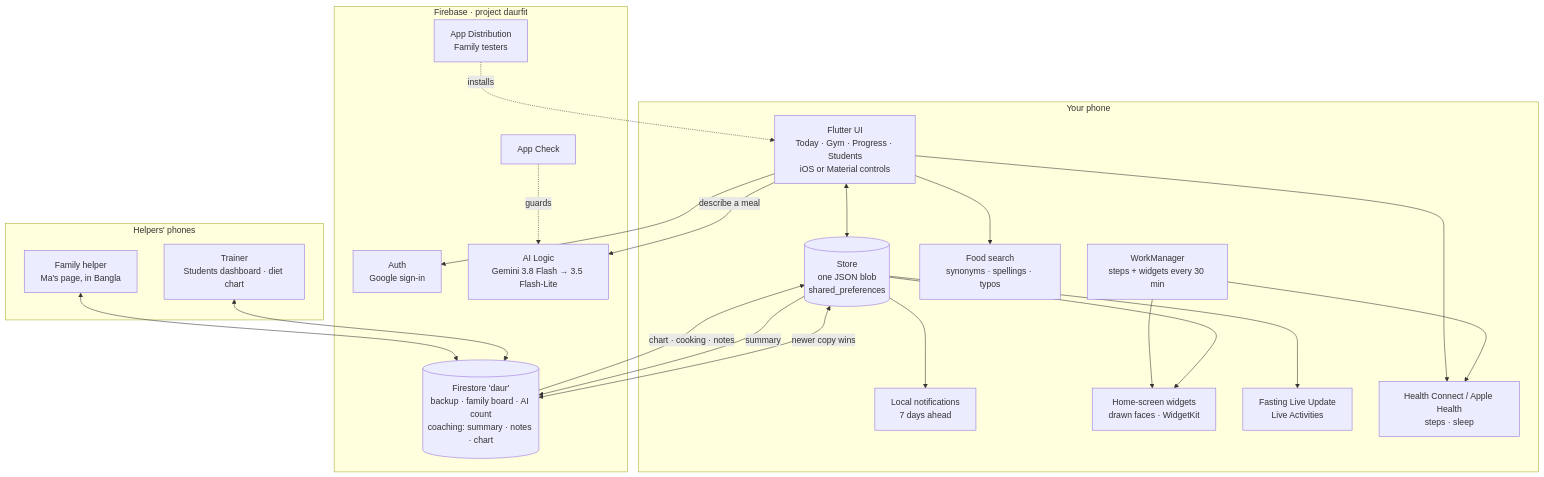
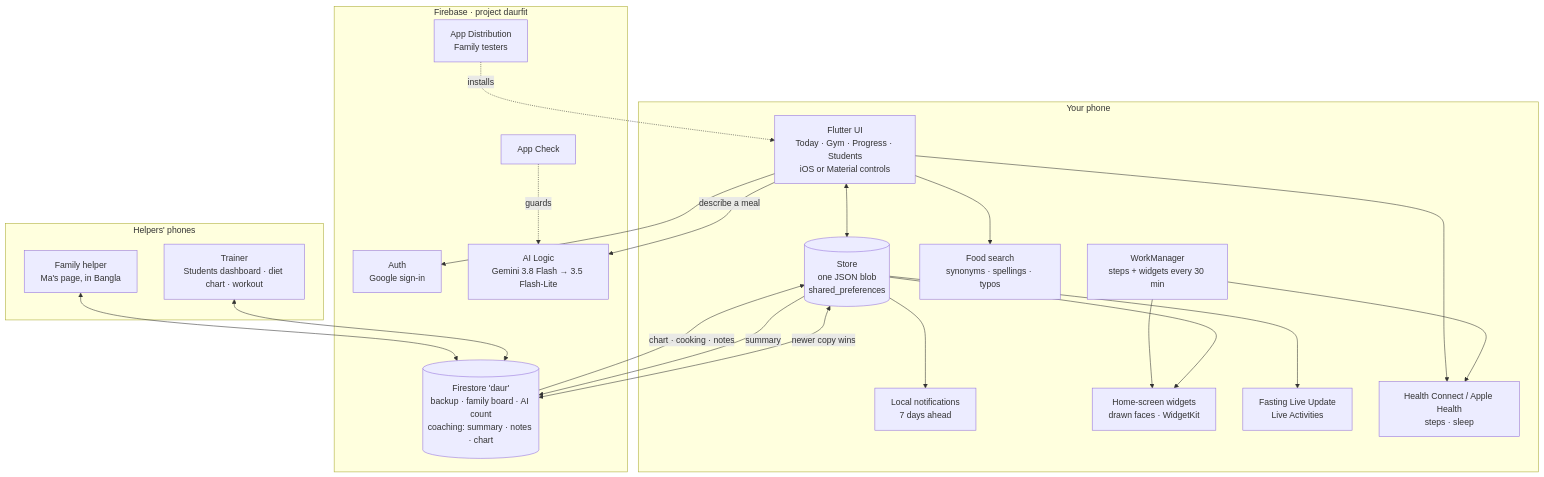
One commit to siraajul/daur changed the third of 9 diagrams in README.md. Above: the diagram before and after it, drawn with Mermaid. The commit also changed other lines of this file and 10 other files, not shown here.

First line of the commit message:
feat(coaching): trainer edits the workout (#3)

````diff
--- a/README.md
+++ b/README.md
@@ -205,41 +205,41 @@
 ```mermaid
 flowchart TB
     subgraph phone[Your phone]
         ui[Flutter UI<br/>Today · Gym · Progress · Students<br/>iOS or Material controls]
         store[(Store<br/>one JSON blob<br/>shared_preferences)]
         search[Food search<br/>synonyms · spellings · typos]
         notif[Local notifications<br/>7 days ahead]
         widgets[Home-screen widgets<br/>drawn faces · WidgetKit]
         live[Fasting Live Update<br/>Live Activities]
         work[WorkManager<br/>steps + widgets every 30 min]
         health[Health Connect / Apple Health<br/>steps · sleep]
     end
     subgraph helpers[Helpers' phones]
-        trainer[Trainer<br/>Students dashboard · diet chart]
+        trainer[Trainer<br/>Students dashboard · diet chart · workout]
         ma[Family helper<br/>Ma's page, in Bangla]
     end
     subgraph firebase[Firebase · project daurfit]
         auth[Auth<br/>Google sign-in]
         fs[(Firestore 'daur'<br/>backup · family board · AI count<br/>coaching: summary · notes · chart)]
         ai[AI Logic<br/>Gemini 3.8 Flash → 3.5 Flash-Lite]
         check[App Check]
         dist[App Distribution<br/>Family testers]
     end
     ui <--> store
     ui --> search
     store --> notif
     store --> widgets
     store --> live
     work --> health
     work --> widgets
     ui --> health
     store <-->|newer copy wins| fs
     store -->|summary| fs
     fs -->|chart · cooking · notes| store
     trainer <--> fs
     ma <--> fs
     ui --> auth
     ui -->|describe a meal| ai
     check -.guards.-> ai
     dist -.installs.-> ui
 ```
````
